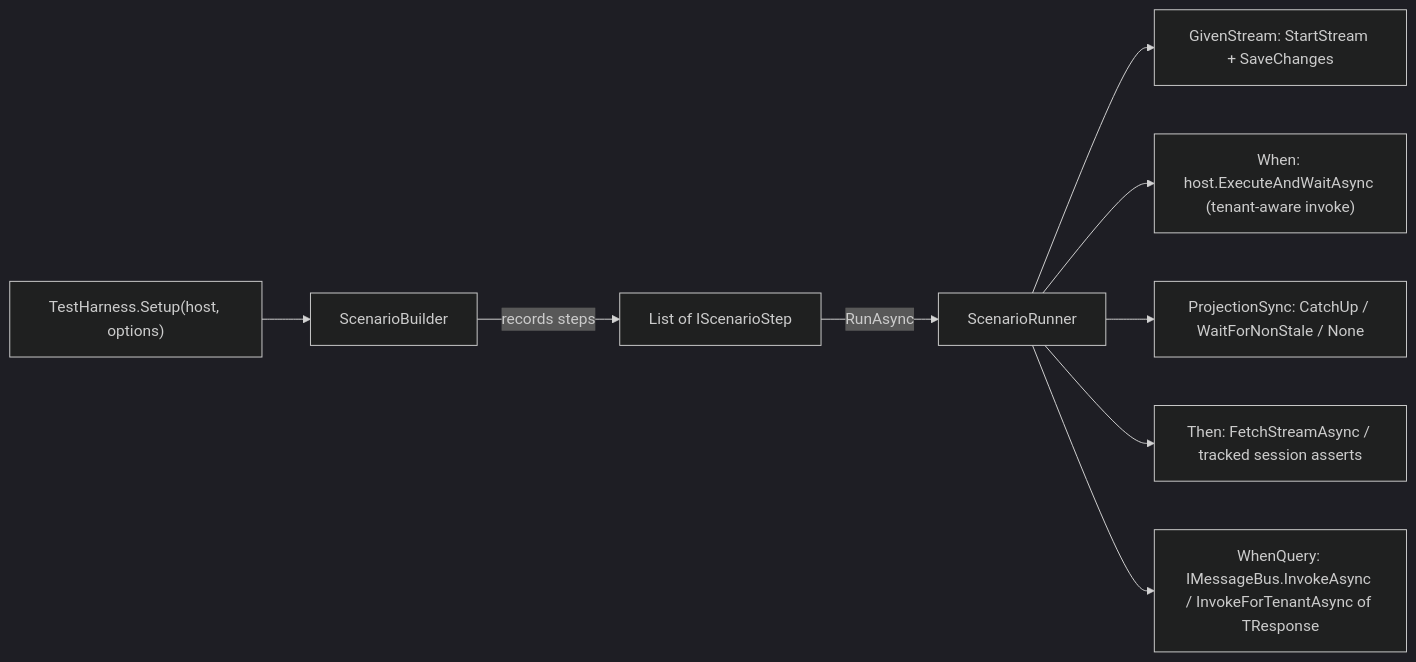
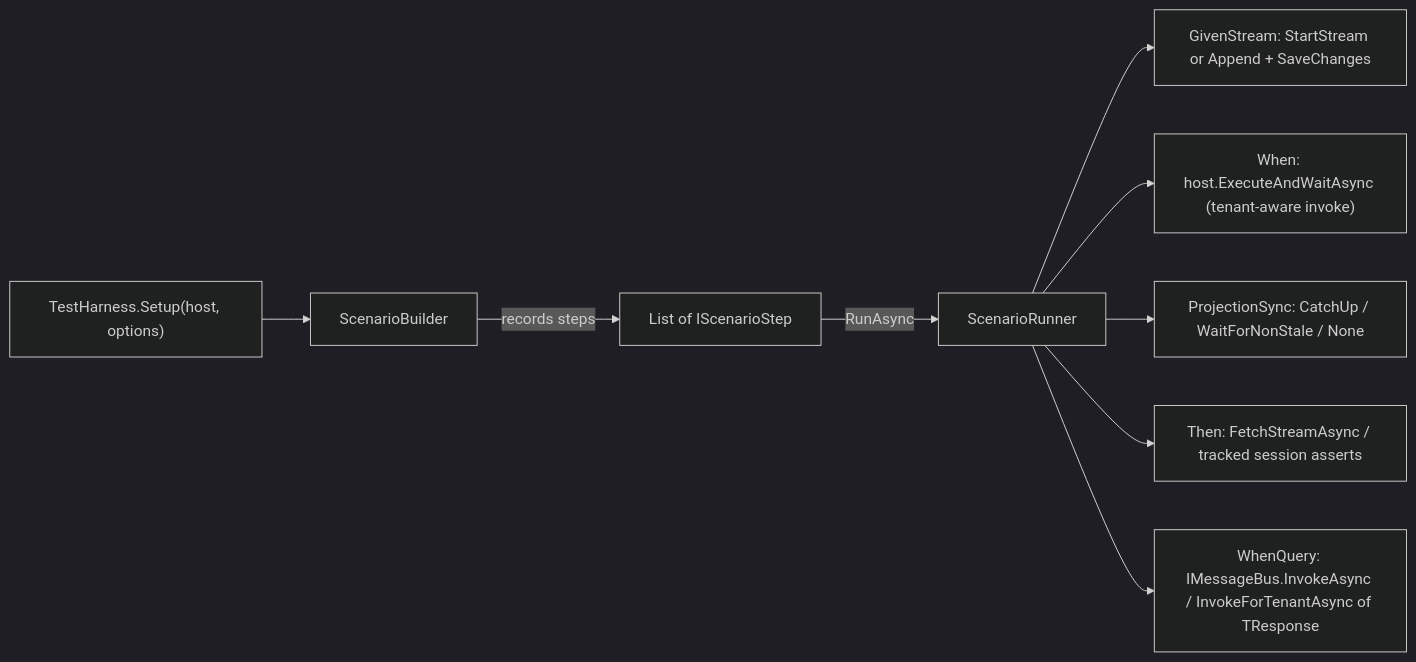
The first of 2 diagrams in initial-design.md (ryandanthony/critter-stack-fluent-test-harness), drawn with Mermaid (dark theme) before and after one commit. The commit also changed other lines of this file, not shown here.

Commit message:
design: repeated GivenStream for same id appends instead of failing

````diff
--- a/initial-design.md
+++ b/initial-design.md
@@ -69,11 +69,11 @@
 ```mermaid
 flowchart LR
     Setup["TestHarness.Setup(host, options)"] --> Builder[ScenarioBuilder]
     Builder -->|records steps| Steps["List of IScenarioStep"]
     Steps -->|RunAsync| Exec[ScenarioRunner]
-    Exec --> Given["GivenStream: StartStream + SaveChanges"]
+    Exec --> Given["GivenStream: StartStream or Append + SaveChanges"]
     Exec --> When["When: host.ExecuteAndWaitAsync (tenant-aware invoke)"]
     Exec --> CatchUp["ProjectionSync: CatchUp / WaitForNonStale / None"]
     Exec --> Then["Then: FetchStreamAsync / tracked session asserts"]
     Exec --> Query["WhenQuery: IMessageBus.InvokeAsync / InvokeForTenantAsync of TResponse"]
 ```
````
